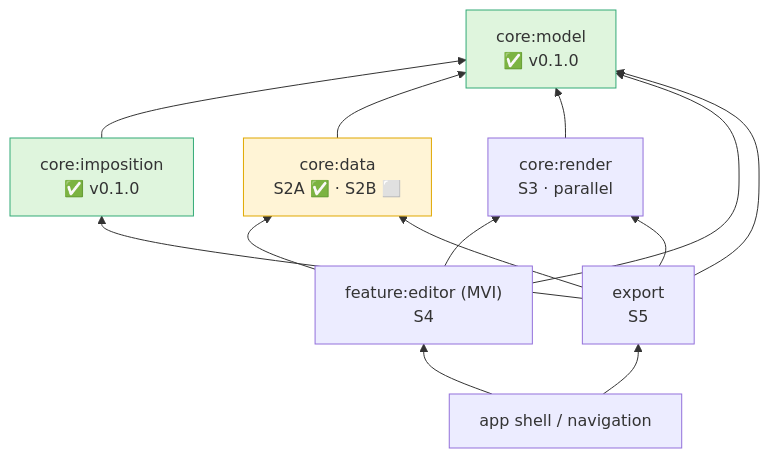
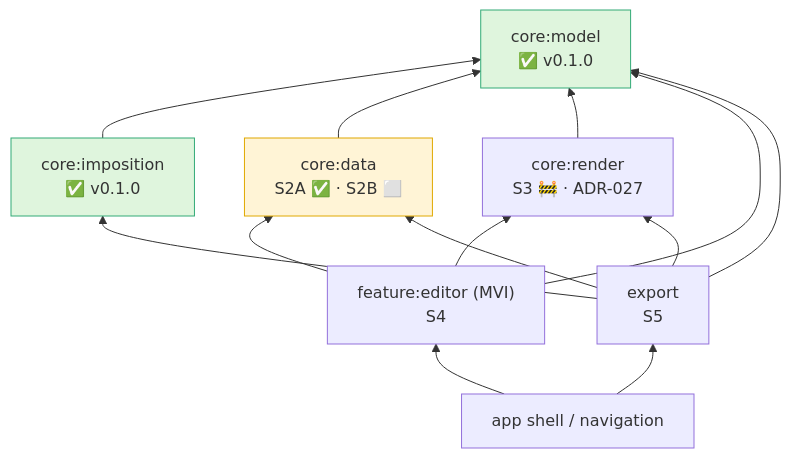
One commit to aritr-codes/zinely-android changed the ninth of 10 diagrams in docs/ARCHITECTURE.md. Above: the diagram before and after it, drawn with Mermaid. The commit also changed other lines of this file and 13 other files, not shown here.

````diff
--- a/docs/ARCHITECTURE.md
+++ b/docs/ARCHITECTURE.md
@@ -348,28 +349,28 @@
 ```mermaid
 flowchart BT
     model["core:model<br/>✅ v0.1.0"]
     imp["core:imposition<br/>✅ v0.1.0"]
     data["core:data<br/>S2A ✅ · S2B ⬜"]
-    render["core:render<br/>S3 · parallel"]
+    render["core:render<br/>S3 🚧 · ADR-027"]
     editor["feature:editor (MVI)<br/>S4"]
     export["export<br/>S5"]
     app["app shell / navigation"]
 
     imp --> model
     data --> model
     render --> model
     editor --> model
     editor --> data
     editor --> render
     export --> model
     export --> imp
     export --> render
     export --> data
     app --> editor
     app --> export
 
     classDef done fill:#dff5dd,stroke:#3a7;
     classDef next fill:#fff4d6,stroke:#e0a800;
     class model,imp done;
     class data next;
 ```
````
